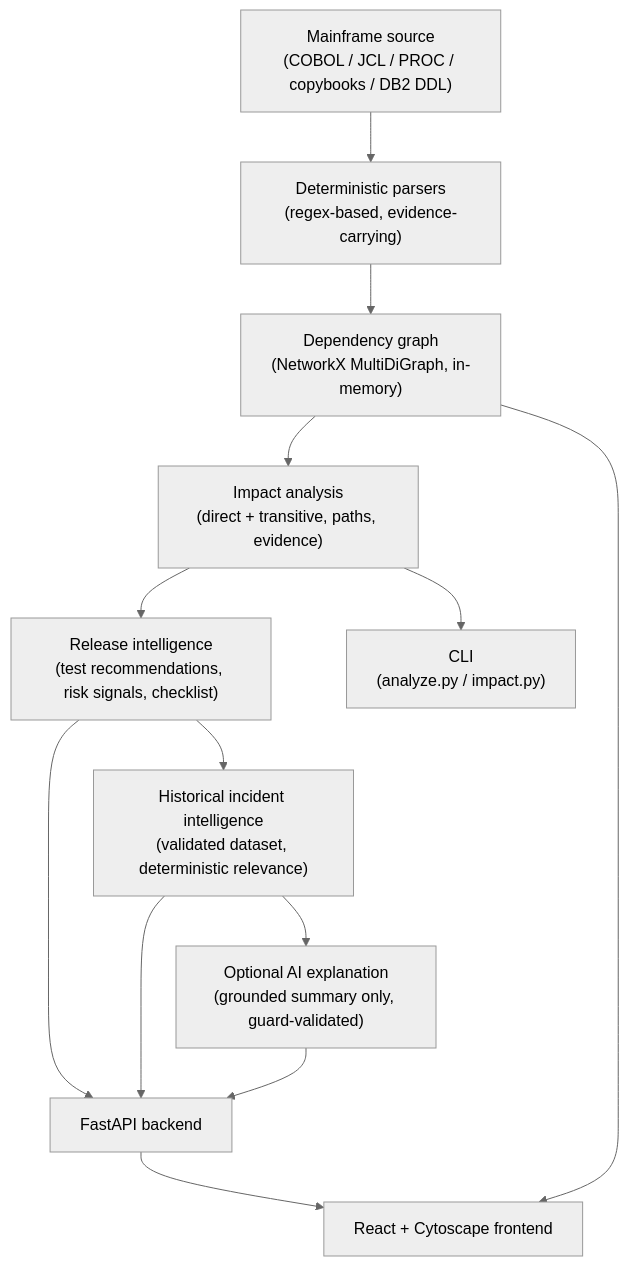
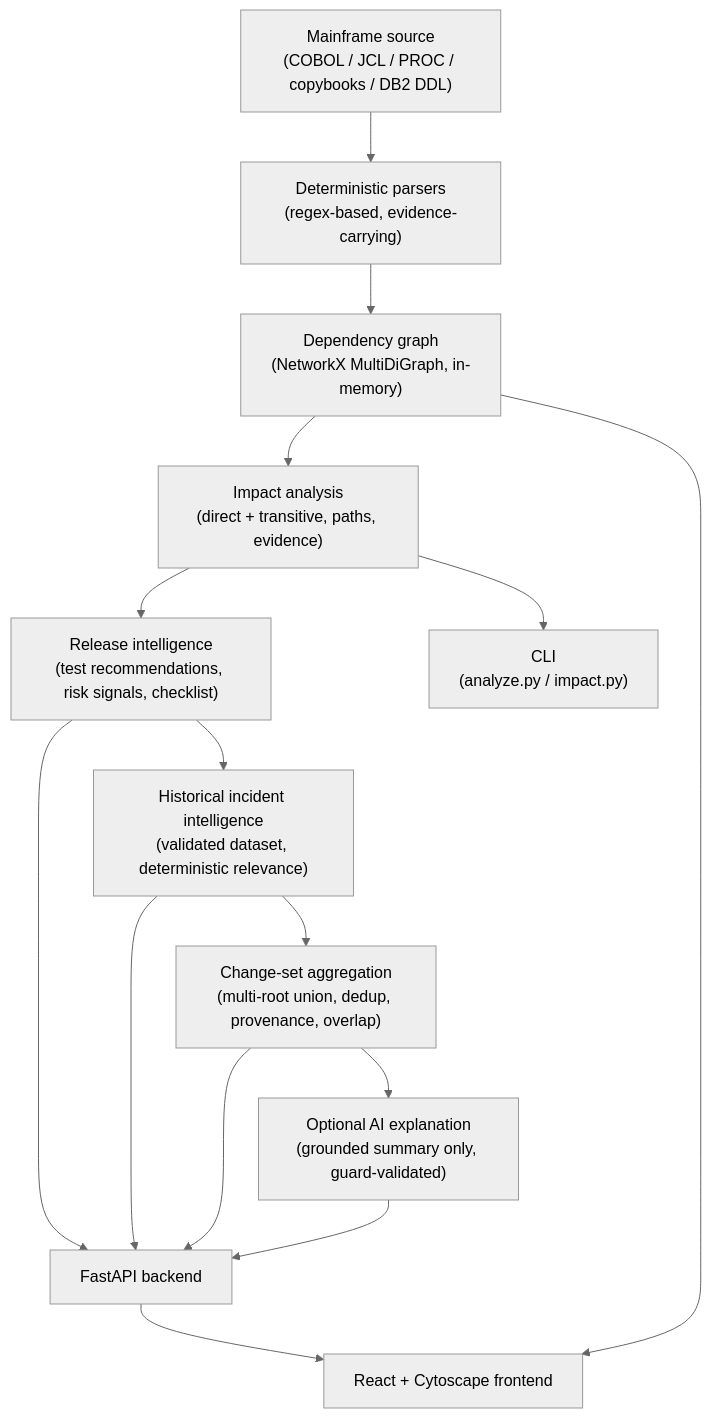
One commit to abhiClone/mainframe-change-impact-intelligence changed the diagram in README.md. Above: the diagram before and after it, drawn with Mermaid (neutral theme). The commit also changed other lines of this file and 30 other files, not shown here.

````diff
--- a/README.md
+++ b/README.md
@@ -58,21 +59,23 @@
 ```mermaid
 flowchart TD
     SRC["Mainframe source\n(COBOL / JCL / PROC / copybooks / DB2 DDL)"]
     PARSE["Deterministic parsers\n(regex-based, evidence-carrying)"]
     GRAPH["Dependency graph\n(NetworkX MultiDiGraph, in-memory)"]
     IMPACT["Impact analysis\n(direct + transitive, paths, evidence)"]
     INTEL["Release intelligence\n(test recommendations, risk signals, checklist)"]
     INC["Historical incident intelligence\n(validated dataset, deterministic relevance)"]
+    CHG["Change-set aggregation\n(multi-root union, dedup, provenance, overlap)"]
     AI["Optional AI explanation\n(grounded summary only, guard-validated)"]
     CLI["CLI\n(analyze.py / impact.py)"]
     API["FastAPI backend"]
     UI["React + Cytoscape frontend"]
 
-    SRC --> PARSE --> GRAPH --> IMPACT --> INTEL --> INC --> AI
+    SRC --> PARSE --> GRAPH --> IMPACT --> INTEL --> INC --> CHG --> AI
     IMPACT --> CLI
     INTEL --> API
     INC --> API
+    CHG --> API
     AI --> API
     API --> UI
     GRAPH --> UI
 ```
````
